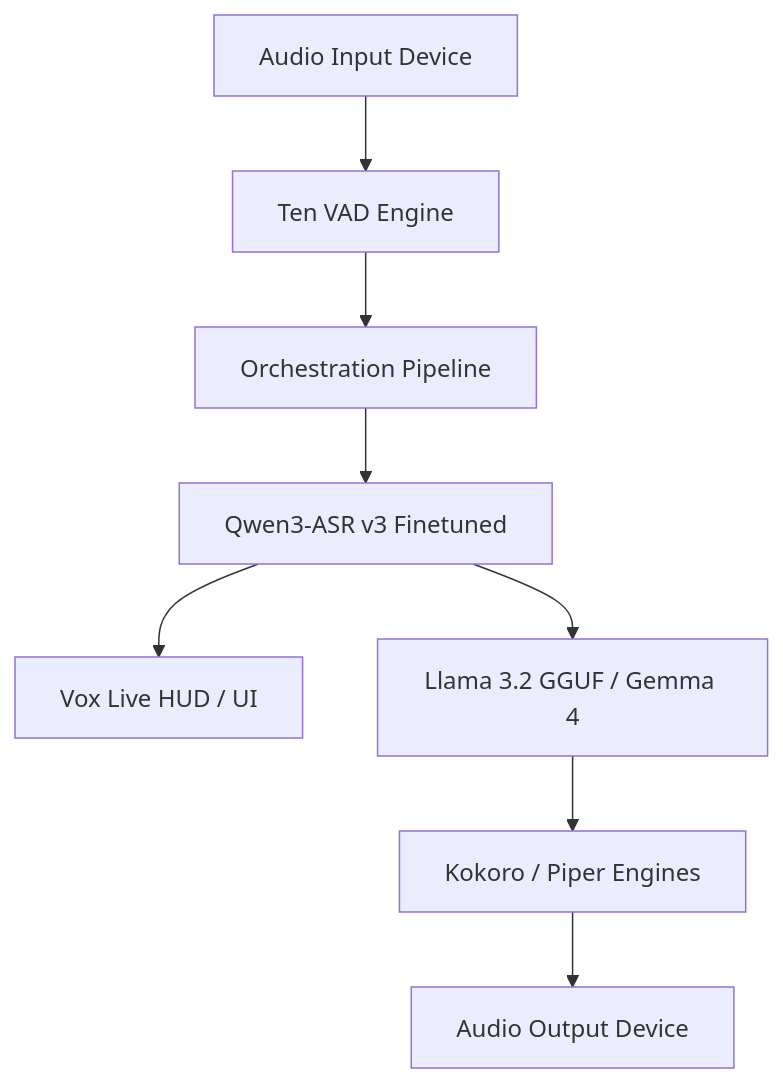
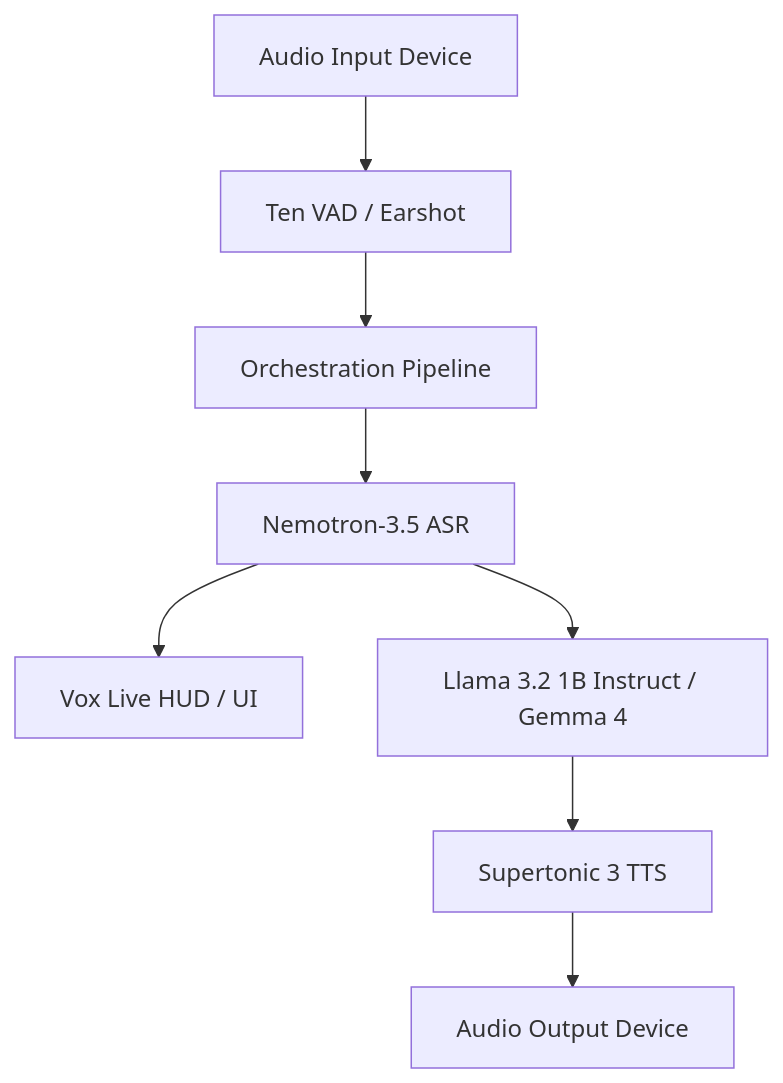
Before and after one commit to addy-47/vox: the diagram in README.md, drawn with Mermaid. The commit also changed other lines of this file and 79 other files, not shown here.

Commit message:
v:0.8.2 / 1.bug fixes in voice pipeline / 2.integrated nemotron3.5 as default asr / 3.integrated supertonic-3 as default tts / 4.changed default llm to llama3.2-Q4 / 5.bench scripts and test scripts refactored

````diff
--- a/README.md
+++ b/README.md
@@ -43,10 +45,19 @@
 ```mermaid
+
 graph TD
-    Mic[Audio Input Device] --> VAD[Ten VAD Engine]
+
+    Mic[Audio Input Device] --> VAD[Ten VAD / Earshot]
+
     VAD --> Pipeline[Orchestration Pipeline]
-    Pipeline --> STT[Qwen3-ASR v3 Finetuned]
+
+    Pipeline --> STT[Nemotron-3.5 ASR]
+
     STT --> HUD[Vox Live HUD / UI]
-    STT --> LLM[Llama 3.2 GGUF / Gemma 4]
-    LLM --> TTS[Kokoro / Piper Engines]
+
+    STT --> LLM[Llama 3.2 1B Instruct / Gemma 4]
+
+    LLM --> TTS[Supertonic 3 TTS]
+
     TTS --> Speaker[Audio Output Device]
+
 ```
````
